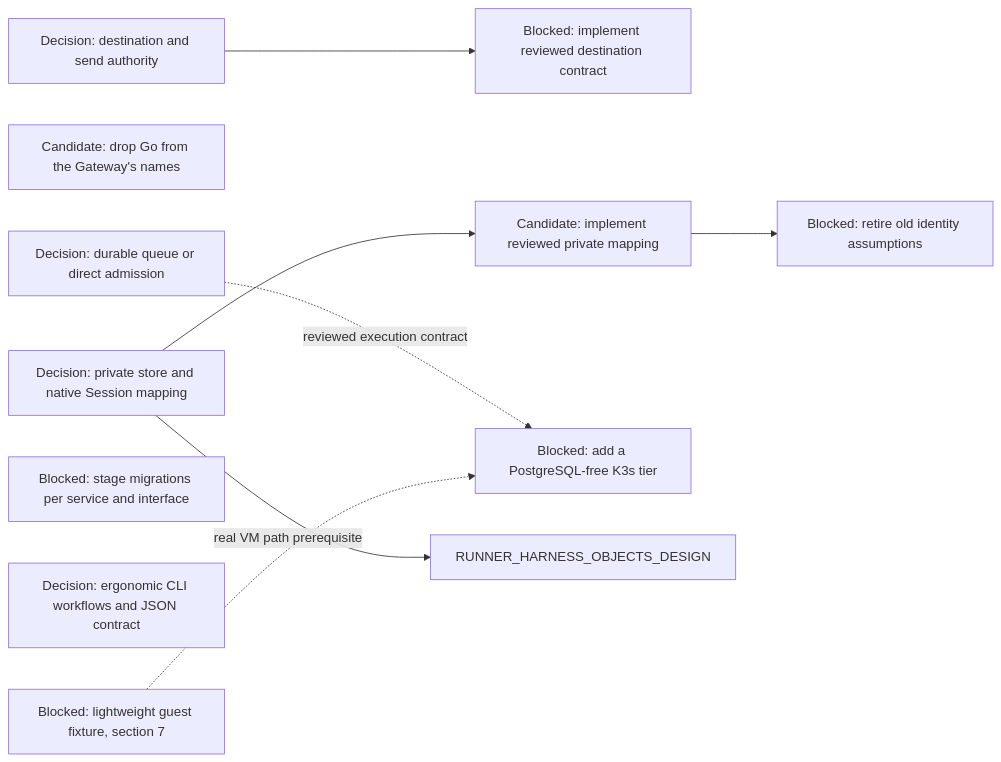
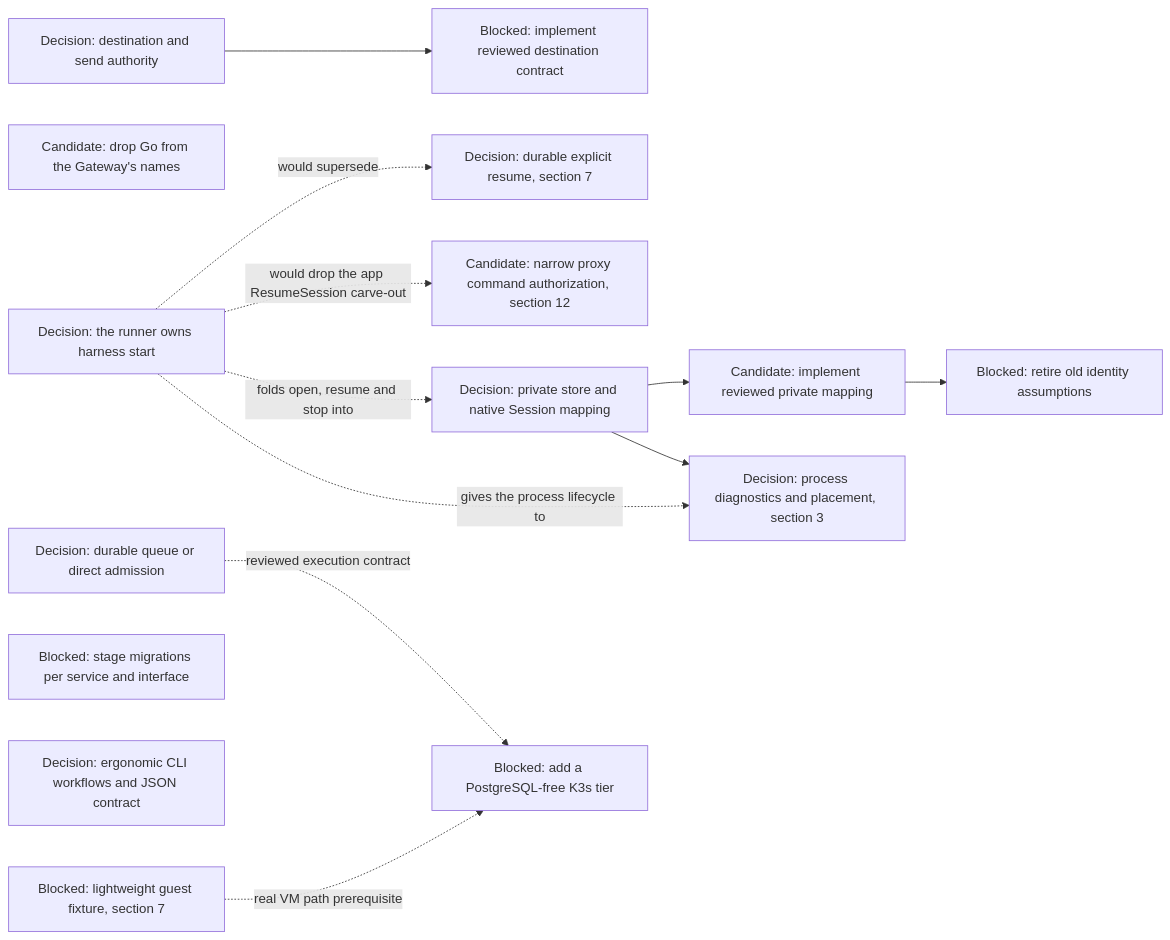
Diagram 16 of 16 in agentplane/plans/task_dag.md (agentydragon-agent/ducktape), drawn with Mermaid before and after one commit. The commit also changed other lines of this file, not shown here.

First line of the commit message:
DAG: burn down the resume affordance node, add the harness lifecycle decision (#10928)

````diff
--- a/agentplane/plans/task_dag.md
+++ b/agentplane/plans/task_dag.md
@@ -1719,20 +1703,28 @@
 ```mermaid
 flowchart LR
     DISPATCHER_PERSISTENCE_MODEL_DESIGN[Decision: durable queue or direct admission]
     GATEWAY_RENAME[Candidate: drop Go from the Gateway's names]
     DELIVERY_DESTINATION_AUTHORITY_DESIGN[Decision: destination and send authority]
     DELIVERY_DESTINATION_CONTRACT[Blocked: implement reviewed destination contract]
     HARNESS_IDENTITY_DESIGN[Decision: private store and native Session mapping]
     RUNNER_STORE_SESSION_IDENTITY[Candidate: implement reviewed private mapping]
     RUNNER_IDENTITY_LEGACY_CLEANUP[Blocked: retire old identity assumptions]
+    HARNESS_LIFECYCLE_OWNERSHIP[Decision: the runner owns harness start]
+    APP_NATIVE_RESUME_CONTRACT[Decision: durable explicit resume, section 7]
+    PROXY_START_METHODS_DISPATCHER_ONLY[Candidate: narrow proxy command authorization, section 12]
+    RUNNER_HARNESS_OBJECTS_DESIGN[Decision: process diagnostics and placement, section 3]
     SERVICE_API_TRANSPORT_MIGRATIONS[Blocked: stage migrations per service and interface]
     AGENT_API_TOOLING_DESIGN[Decision: ergonomic CLI workflows and JSON contract]
     CNPG_FREE_K3S_INTEGRATION_TIER[Blocked: add a PostgreSQL-free K3s tier]
     K3S_VM_IMAGE[Blocked: lightweight guest fixture, section 7]
     DELIVERY_DESTINATION_AUTHORITY_DESIGN --> DELIVERY_DESTINATION_CONTRACT
     RUNNER_STORE_SESSION_IDENTITY --> RUNNER_IDENTITY_LEGACY_CLEANUP
     HARNESS_IDENTITY_DESIGN --> RUNNER_STORE_SESSION_IDENTITY
     HARNESS_IDENTITY_DESIGN --> RUNNER_HARNESS_OBJECTS_DESIGN
+    HARNESS_LIFECYCLE_OWNERSHIP -. would supersede .-> APP_NATIVE_RESUME_CONTRACT
+    HARNESS_LIFECYCLE_OWNERSHIP -. would drop the app ResumeSession carve-out .-> PROXY_START_METHODS_DISPATCHER_ONLY
+    HARNESS_LIFECYCLE_OWNERSHIP -. folds open, resume and stop into .-> HARNESS_IDENTITY_DESIGN
+    HARNESS_LIFECYCLE_OWNERSHIP -. gives the process lifecycle to .-> RUNNER_HARNESS_OBJECTS_DESIGN
     DISPATCHER_PERSISTENCE_MODEL_DESIGN -. reviewed execution contract .-> CNPG_FREE_K3S_INTEGRATION_TIER
     K3S_VM_IMAGE -. real VM path prerequisite .-> CNPG_FREE_K3S_INTEGRATION_TIER
 ```
````
